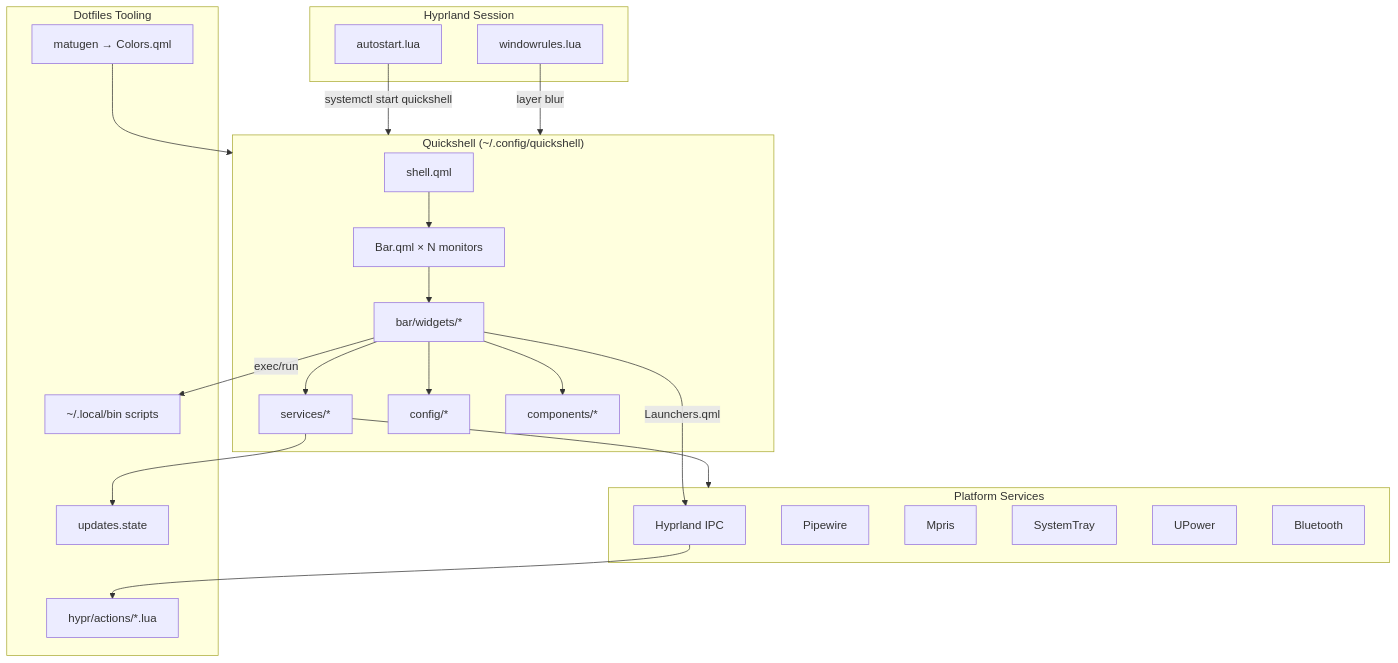
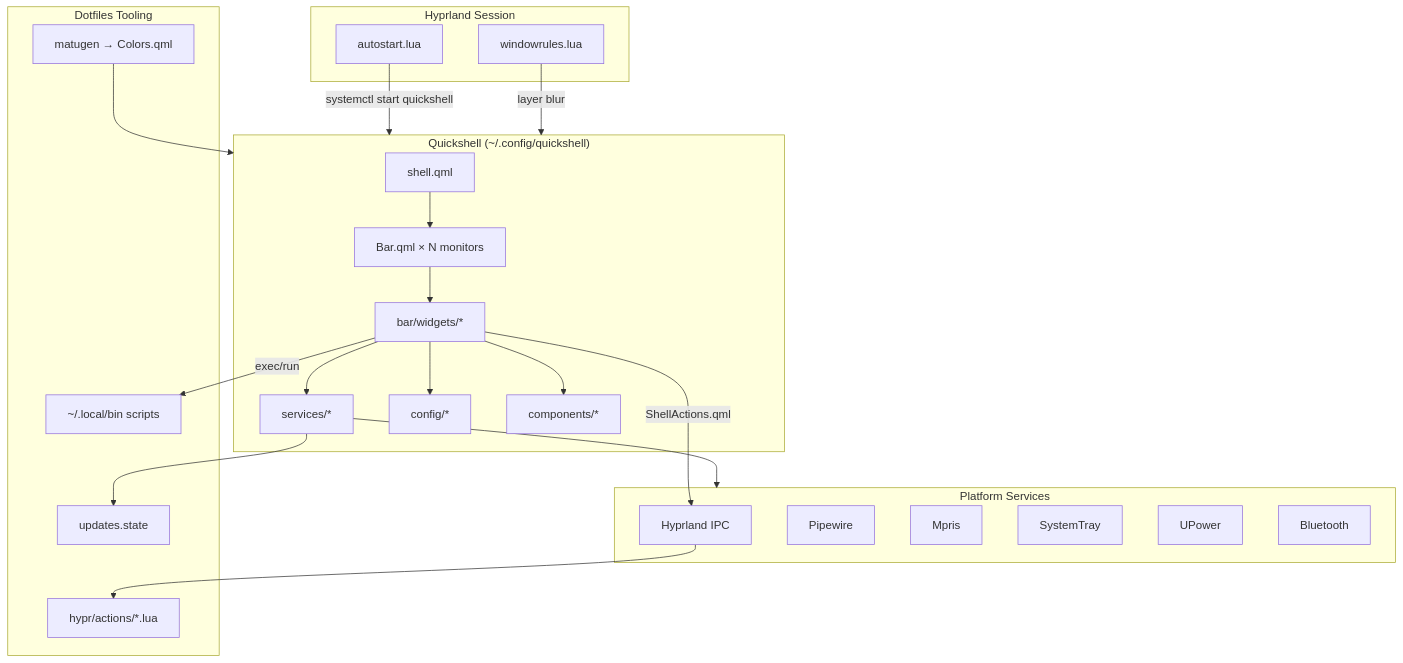
The first of 4 diagrams in stow/quickshell/.config/quickshell/OVERVIEW.md (Genoux/dotfiles), drawn with Mermaid before and after one commit. The commit also changed other lines of this file and 23 other files, not shown here.

Commit message:
chore(quickshell): replace Launchers.qml with ShellActions.qml for improved action handling and update widget interactions

````diff
--- a/stow/quickshell/.config/quickshell/OVERVIEW.md
+++ b/stow/quickshell/.config/quickshell/OVERVIEW.md
@@ -46,43 +46,43 @@
 ```mermaid
 flowchart TB
     subgraph Session["Hyprland Session"]
         AS[autostart.lua]
         WR[windowrules.lua]
     end
 
     subgraph Shell["Quickshell (~/.config/quickshell)"]
         SR[shell.qml]
         BAR[Bar.qml × N monitors]
         W[bar/widgets/*]
         SVC[services/*]
         CFG[config/*]
         CMP[components/*]
     end
 
     subgraph Platform["Platform Services"]
         HL[Hyprland IPC]
         PW[Pipewire]
         MP[Mpris]
         ST[SystemTray]
         UP[UPower]
         BT[Bluetooth]
     end
 
     subgraph Dotfiles["Dotfiles Tooling"]
         MAT[matugen → Colors.qml]
         SCR[~/.local/bin scripts]
         LUA[hypr/actions/*.lua]
         STATE[updates.state]
     end
 
     AS -->|systemctl start quickshell| Shell
     SR --> BAR --> W
     W --> SVC & CFG & CMP
     SVC --> Platform
-    W -->|Launchers.qml| HL
+    W -->|ShellActions.qml| HL
     HL --> LUA
     W -->|exec/run| SCR
     MAT --> Shell
     SVC --> STATE
     WR -->|layer blur| Shell
 ```
````
